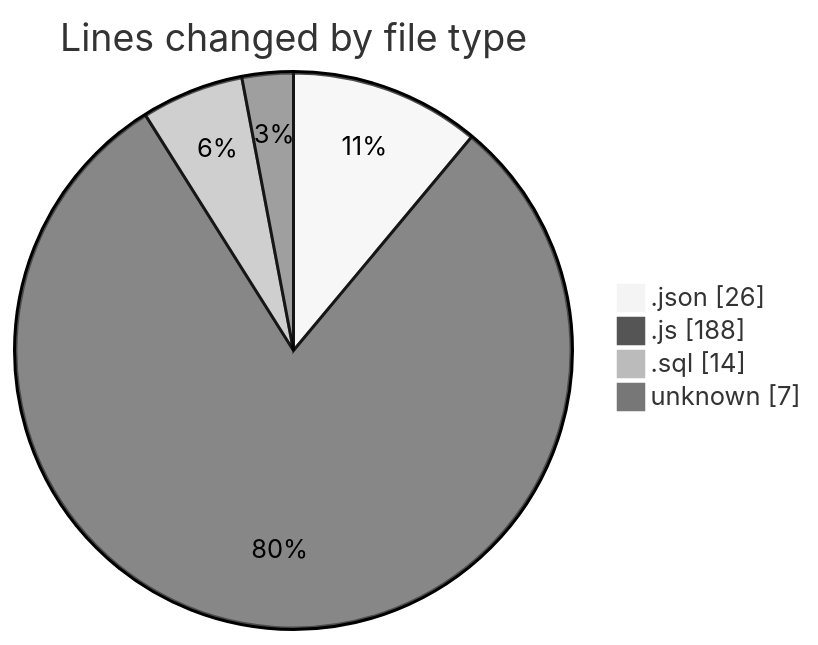
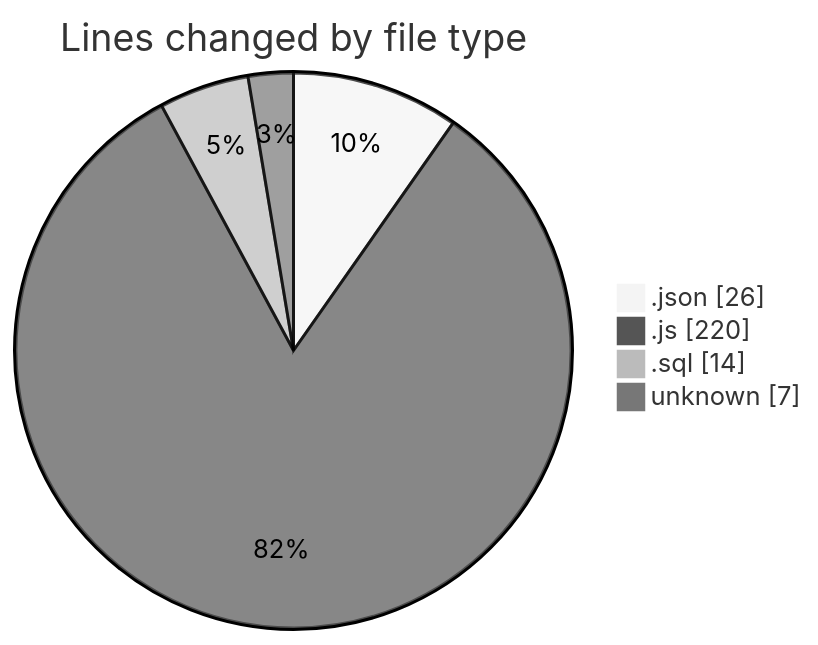
The first of 2 diagrams in 2025-09-10/cashcalc/README.md (nxtqubesakshisongat/code-tracking), drawn with Mermaid (neutral theme) before and after one commit. The commit also changed other lines of this file and 1 other file, not shown here.

````diff
--- a/2025-09-10/cashcalc/README.md
+++ b/2025-09-10/cashcalc/README.md
@@ -27,8 +28,8 @@
 ```mermaid
 pie showData
 title Lines changed by file type
 ".json" : 26
-".js" : 188
+".js" : 220
 ".sql" : 14
 "unknown" : 7
 ```
````
